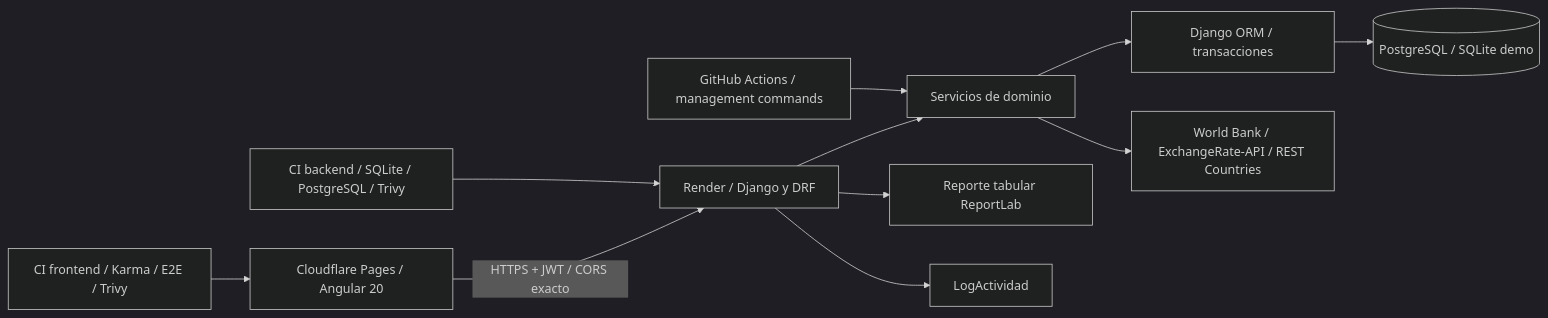
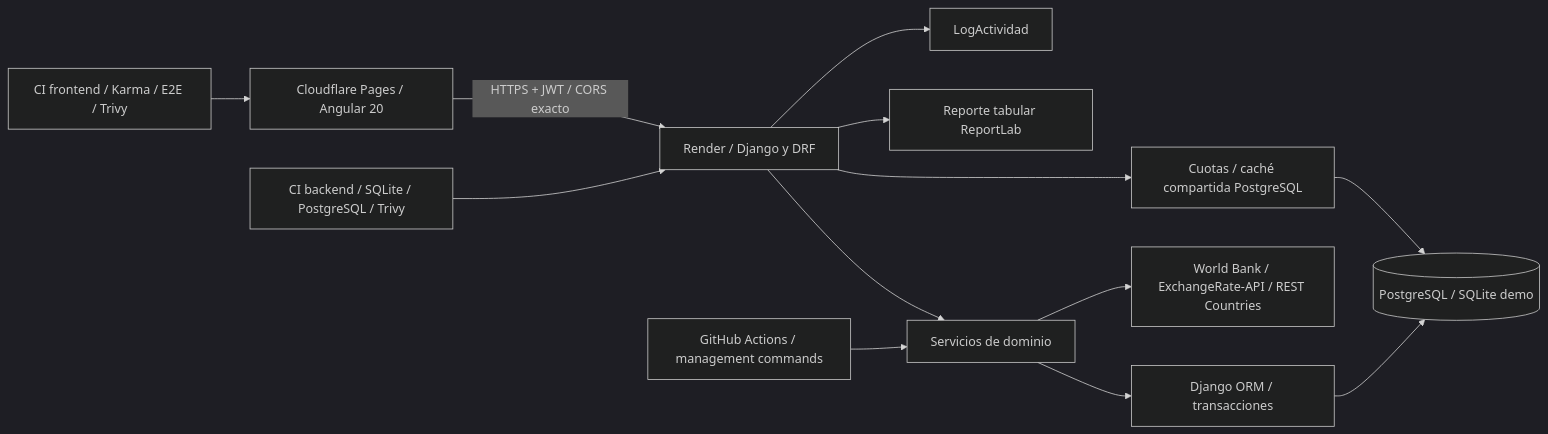
One commit to ASamiraJasbonM/prueba-mision changed the first of 2 diagrams in docs/ARQUITECTURA.md. Above: the diagram before and after it, drawn with Mermaid (dark theme). The commit also changed other lines of this file and 28 other files, not shown here.

````diff
--- a/docs/ARQUITECTURA.md
+++ b/docs/ARQUITECTURA.md
@@ -6,13 +6,15 @@
 ```mermaid
 flowchart LR
     Pages[Cloudflare Pages / Angular 20] -->|HTTPS + JWT / CORS exacto| DRF[Render / Django y DRF]
     DRF --> Services[Servicios de dominio]
     Commands[GitHub Actions / management commands] --> Services
     Services --> ORM[Django ORM / transacciones]
     ORM --> DB[(PostgreSQL / SQLite demo)]
+    DRF --> Cache[Cuotas / caché compartida PostgreSQL]
+    Cache --> DB
     Services --> Providers[World Bank / ExchangeRate-API / REST Countries]
     DRF --> PDF[Reporte tabular ReportLab]
     DRF --> Audit[LogActividad]
     FrontCI[CI frontend / Karma / E2E / Trivy] --> Pages
     BackCI[CI backend / SQLite / PostgreSQL / Trivy] --> DRF
 ```
````
